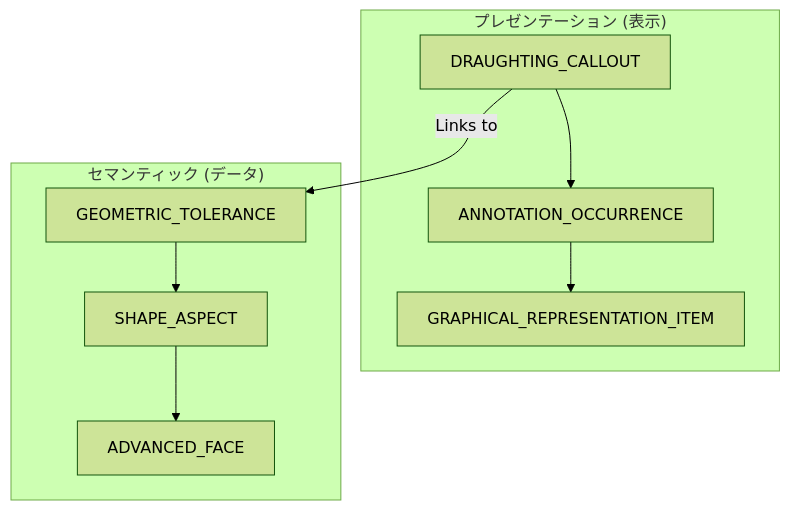
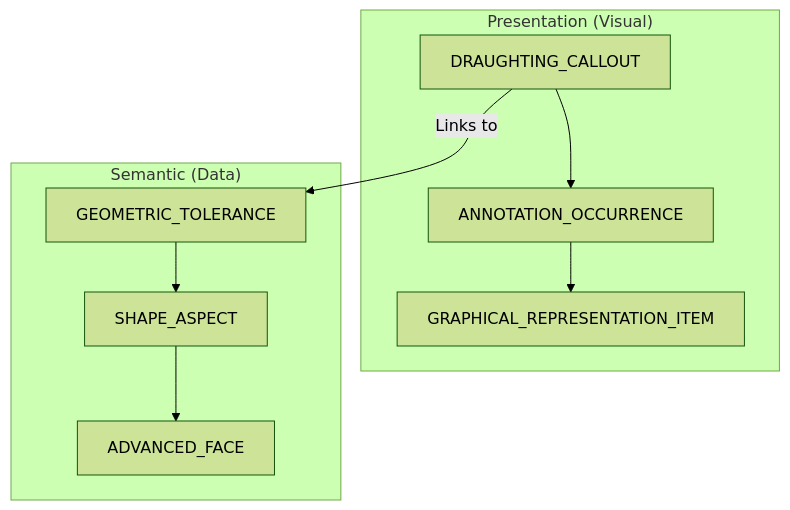
Before and after one commit to takuto-NA/step-standards-explained: the diagram in comparison/pmi-support.md, drawn with Mermaid (forest theme). The commit also changed other lines of this file and 25 other files, not shown here.

````diff
--- a/comparison/pmi-support.md
+++ b/comparison/pmi-support.md
@@ -27,14 +27,14 @@
 ```mermaid
 graph TD
-    subgraph Presentation ["プレゼンテーション (表示)"]
+    subgraph Presentation ["Presentation (Visual)"]
         DC[DRAUGHTING_CALLOUT] --> ANN_REP[ANNOTATION_OCCURRENCE]
         ANN_REP --> GRAPH_ITEM[GRAPHICAL_REPRESENTATION_ITEM]
     end
 
-    subgraph Semantic ["セマンティック (データ)"]
+    subgraph Semantic ["Semantic (Data)"]
         GT[GEOMETRIC_TOLERANCE] --> SA[SHAPE_ASPECT]
         SA --> AF[ADVANCED_FACE]
     end
 
     DC -- "Links to" --> GT
 ```
````
